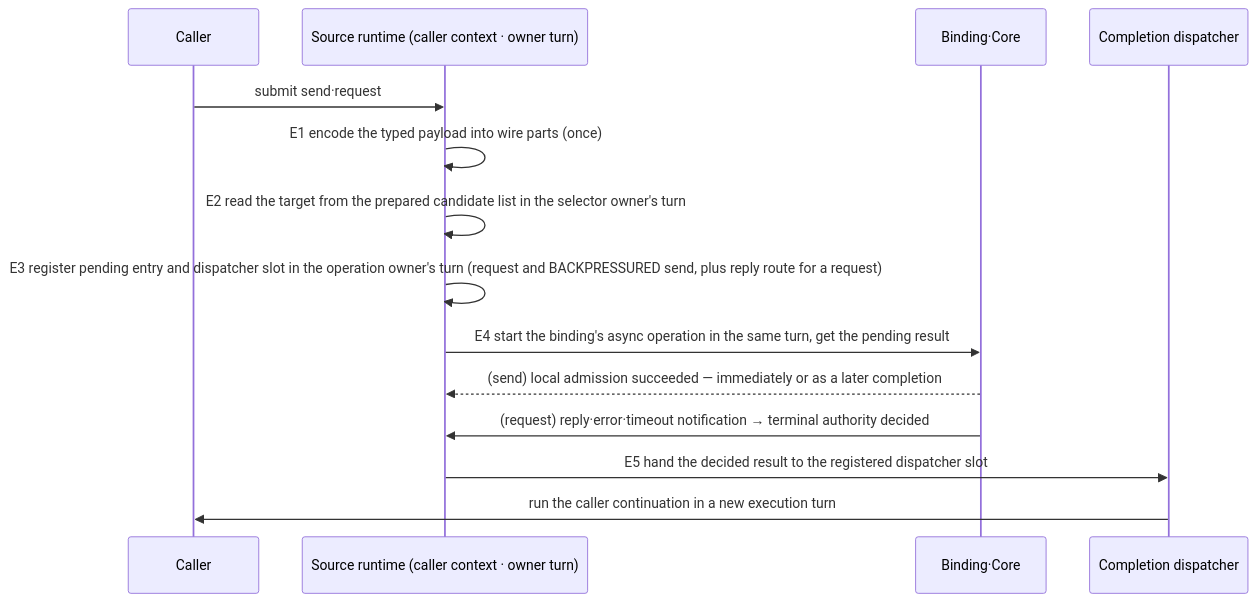
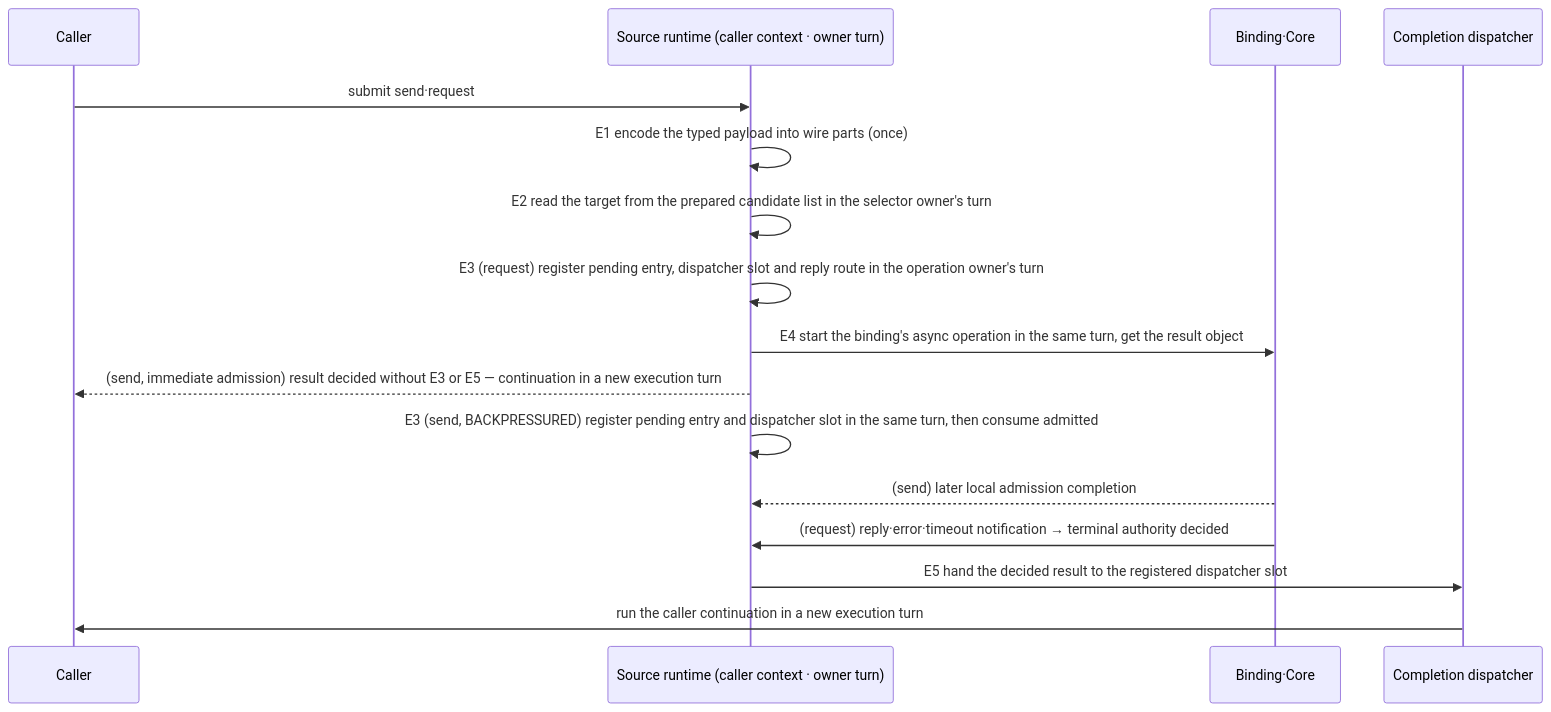
One commit to zlink-systems/zlink changed the first of 2 diagrams in framework/doc/framework/common/spec/server/01-execution/08-messaging-hot-path.en.md. Above: the diagram before and after it, drawn with Mermaid. The commit also changed other lines of this file and 3 other files, not shown here.

First line of the commit message:
spec(framework): own immediate send completion in submit-and-completion §10

````diff
--- a/framework/doc/framework/common/spec/server/01-execution/08-messaging-hot-path.en.md
+++ b/framework/doc/framework/common/spec/server/01-execution/08-messaging-hot-path.en.md
@@ -80,17 +80,19 @@
 ```mermaid
 sequenceDiagram
     participant C as Caller
     participant R as Source runtime (caller context · owner turn)
     participant B as Binding·Core
     participant D as Completion dispatcher
 
     C->>R: submit send·request
     R->>R: E1 encode the typed payload into wire parts (once)
     R->>R: E2 read the target from the prepared candidate list in the selector owner's turn
-    R->>R: E3 register pending entry and dispatcher slot in the operation owner's turn (request and BACKPRESSURED send, plus reply route for a request)
-    R->>B: E4 start the binding's async operation in the same turn, get the pending result
-    B-->>R: (send) local admission succeeded — immediately or as a later completion
+    R->>R: E3 (request) register pending entry, dispatcher slot and reply route in the operation owner's turn
+    R->>B: E4 start the binding's async operation in the same turn, get the result object
+    R-->>C: (send, immediate admission) result decided without E3 or E5 — continuation in a new execution turn
+    R->>R: E3 (send, BACKPRESSURED) register pending entry and dispatcher slot in the same turn, then consume admitted
+    B-->>R: (send) later local admission completion
     B->>R: (request) reply·error·timeout notification → terminal authority decided
     R->>D: E5 hand the decided result to the registered dispatcher slot
     D->>C: run the caller continuation in a new execution turn
 ```
````
